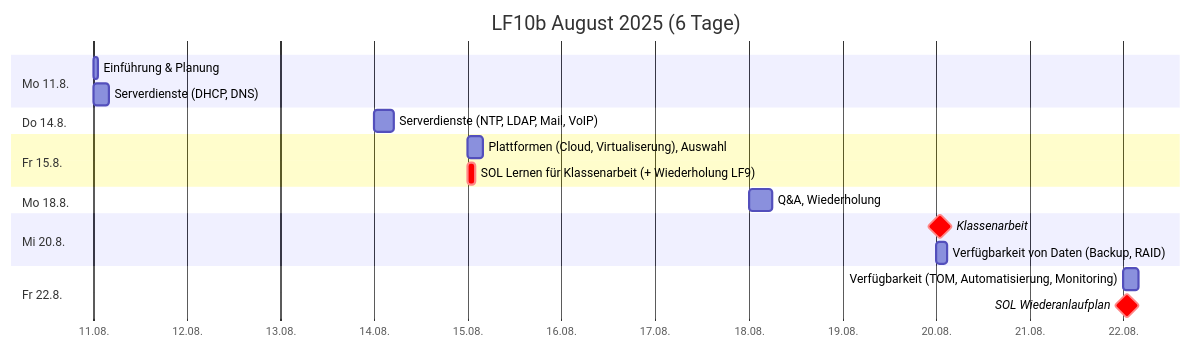
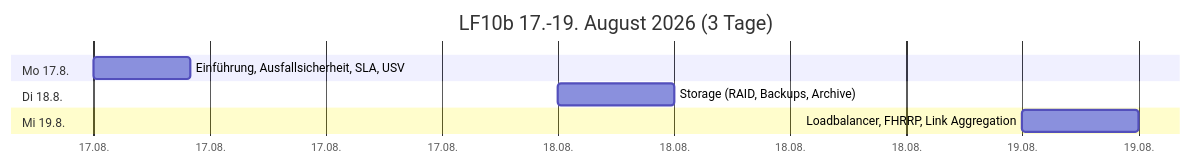
One commit to johannesloetzsch/LF10b changed the first of 3 diagrams in src/plan.md. Above: the diagram before and after it, drawn with Mermaid. The commit also changed other lines of this file and 4 other files, not shown here.

````diff
--- a/src/plan.md
+++ b/src/plan.md
@@ -7,22 +7,12 @@
 ```mermaid
 gantt
- title LF10b August 2025 (6 Tage)
+ title LF10b 17.-19. August 2026 (3 Tage)
  dateFormat YYYY-MM-DD
  axisFormat %d.%m.
- section Mo 11.8.
-  Einführung & Planung          :2025-08-11, 1h
-  Serverdienste (DHCP, DNS)     :2025-08-11, 4h
- section Do 14.8.
-  Serverdienste (NTP, LDAP, Mail, VoIP) :2025-08-14, 5h
- section Fr 15.8.
-  Plattformen (Cloud, Virtualiserung), Auswahl    :2025-08-15, 4h
-  SOL Lernen für Klassenarbeit (+ Wiederholung LF9)  :crit, 2025-08-15, 2h
- section Mo 18.8.
-  Q&A, Wiederholung             :2025-08-18, 6h
- section Mi 20.8.
-  Klassenarbeit                 :crit, milestone, 2025-08-20, 2h
-  Verfügbarkeit von Daten (Backup, RAID)  :2025-08-20, 3h
- section Fr 22.8.
-  Verfügbarkeit (TOM, Automatisierung, Monitoring) :2025-08-22, 4h
-  SOL Wiederanlaufplan          :crit, milestone, 2025-08-22, 2h
+ section Mo 17.8.
+  Einführung, Ausfallsicherheit, SLA, USV   :2026-08-17, 5h
+ section Di 18.8.
+  Storage (RAID, Backups, Archive)  :2026-08-18, 6h
+ section Mi 19.8.
+  Loadbalancer, FHRRP, Link Aggregation  :2026-08-19, 6h
 ```
````
